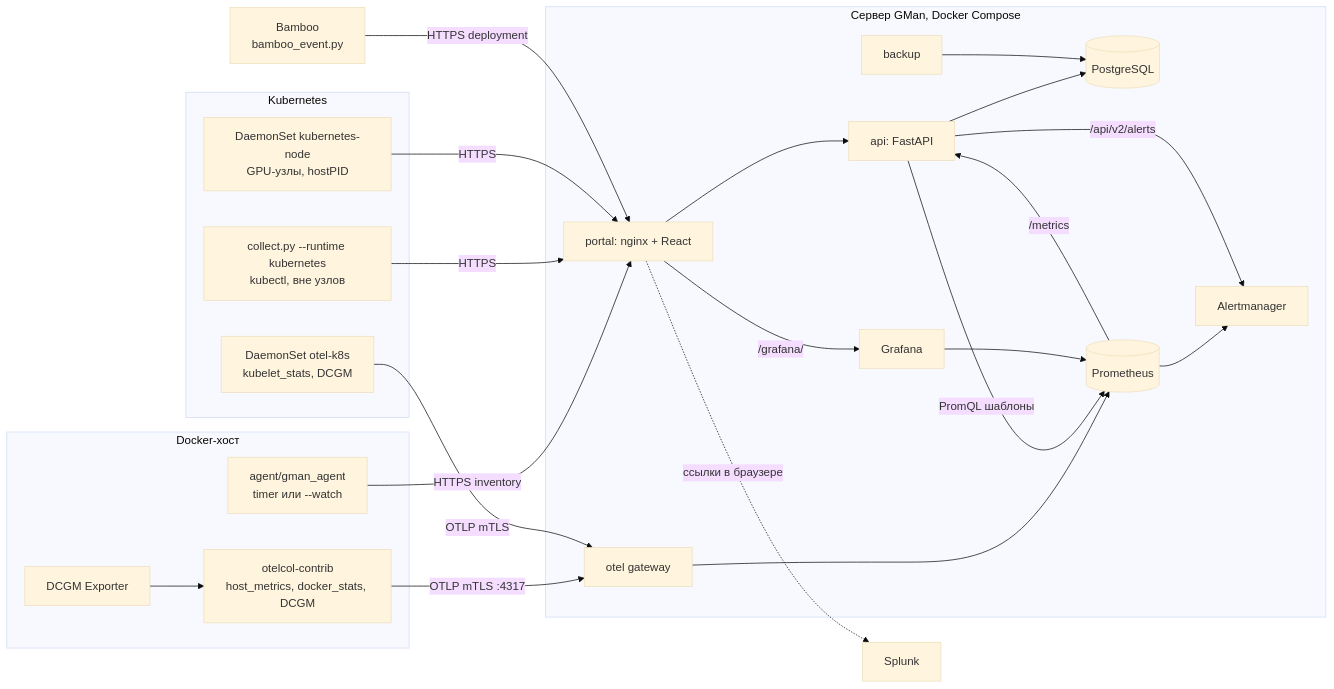
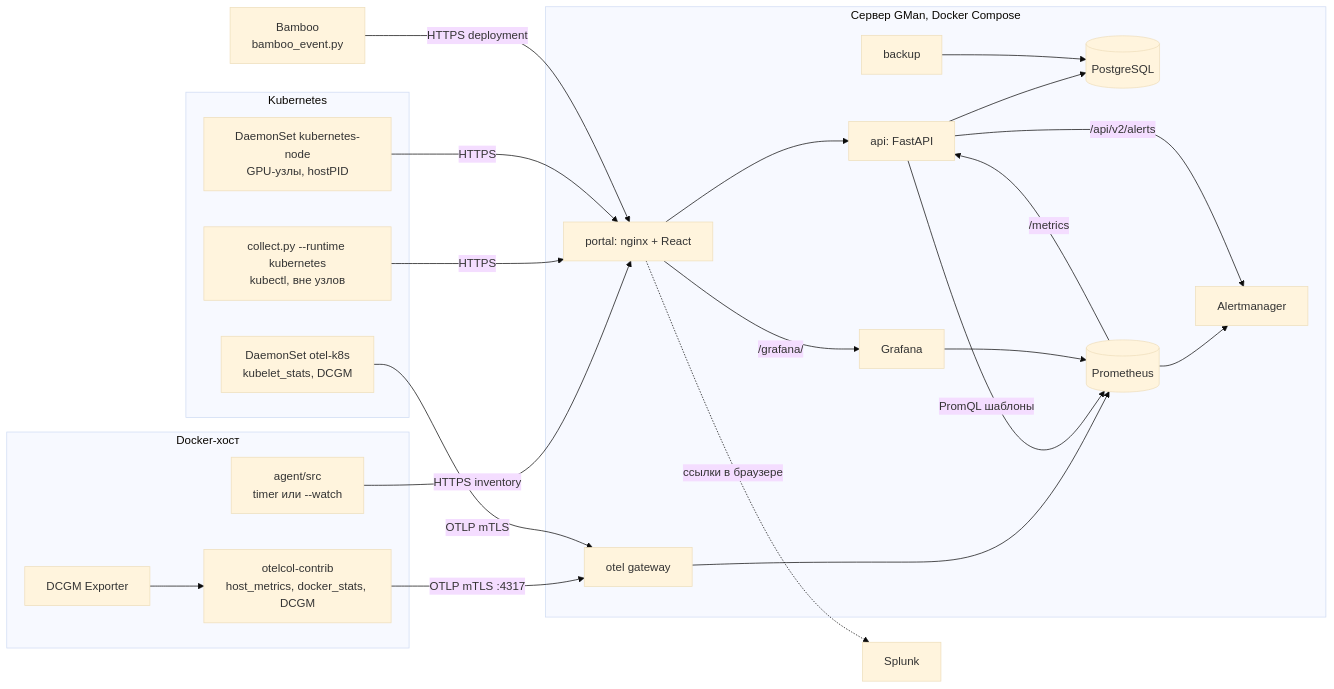
The diagram in docs/architecture.md (ryzhy1/gman), drawn with Mermaid (base theme) before and after one commit. The commit also changed other lines of this file and 295 other files, not shown here.

````diff
--- a/docs/architecture.md
+++ b/docs/architecture.md
@@ -25,42 +25,42 @@
 ```mermaid
 flowchart LR
   subgraph dhost[Docker-хост]
-    agent[agent/gman_agent<br/>timer или --watch]
+    agent[agent/src<br/>timer или --watch]
     otelN[otelcol-contrib<br/>host_metrics, docker_stats, DCGM]
     dcgm[DCGM Exporter]
   end
   subgraph k8s[Kubernetes]
     kagent[collect.py --runtime kubernetes<br/>kubectl, вне узлов]
     gpuds[DaemonSet kubernetes-node<br/>GPU-узлы, hostPID]
     otelK[DaemonSet otel-k8s<br/>kubelet_stats, DCGM]
   end
   bamboo[Bamboo<br/>bamboo_event.py]
   subgraph srv[Сервер GMan, Docker Compose]
     nginx[portal: nginx + React]
     api[api: FastAPI]
     db[(PostgreSQL)]
     gw[otel gateway]
     prom[(Prometheus)]
     am[Alertmanager]
     graf[Grafana]
     bk[backup]
   end
   splunk[Splunk]
   agent -->|"HTTPS inventory"| nginx
   kagent -->|"HTTPS"| nginx
   gpuds -->|"HTTPS"| nginx
   bamboo -->|"HTTPS deployment"| nginx
   dcgm --> otelN
   otelN -->|"OTLP mTLS :4317"| gw
   otelK -->|"OTLP mTLS"| gw
   nginx --> api --> db
   gw --> prom
   prom -->|"/metrics"| api
   prom --> am
   api -->|"PromQL шаблоны"| prom
   api -->|"/api/v2/alerts"| am
   graf --> prom
   nginx -->|"/grafana/"| graf
   bk --> db
   nginx -.->|"ссылки в браузере"| splunk
 ```
````
